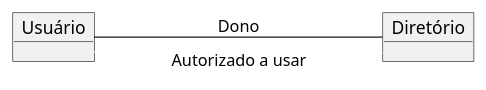
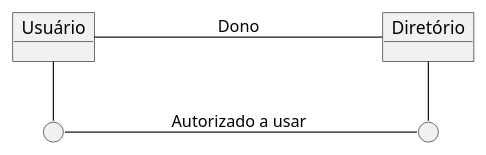
The diagram in Imagens/modelos-01/imagem-14/mod01ima14.plantuml (kyriosdata/oo), drawn with PlantUML before and after one commit. The commit also changed 15 other files, not shown here.

```diff
--- a/Imagens/modelos-01/imagem-14/mod01ima14.plantuml
+++ b/Imagens/modelos-01/imagem-14/mod01ima14.plantuml
@@ -1,8 +1,12 @@
 @startuml mod01ima14
 skinparam ClassAttributeIconSize 0
 object "Usuário" as o1
 object "Diretório" as o2
+circle " " as p1
+circle " " as p2
 left to right direction
 o1 --- o2 : Dono
-o2 --[#White]- o1 : Autorizado a usar
+o1 -right- p1
+p1 --- p2 : Autorizado a usar
+p2 --left- o2
 @enduml
```
